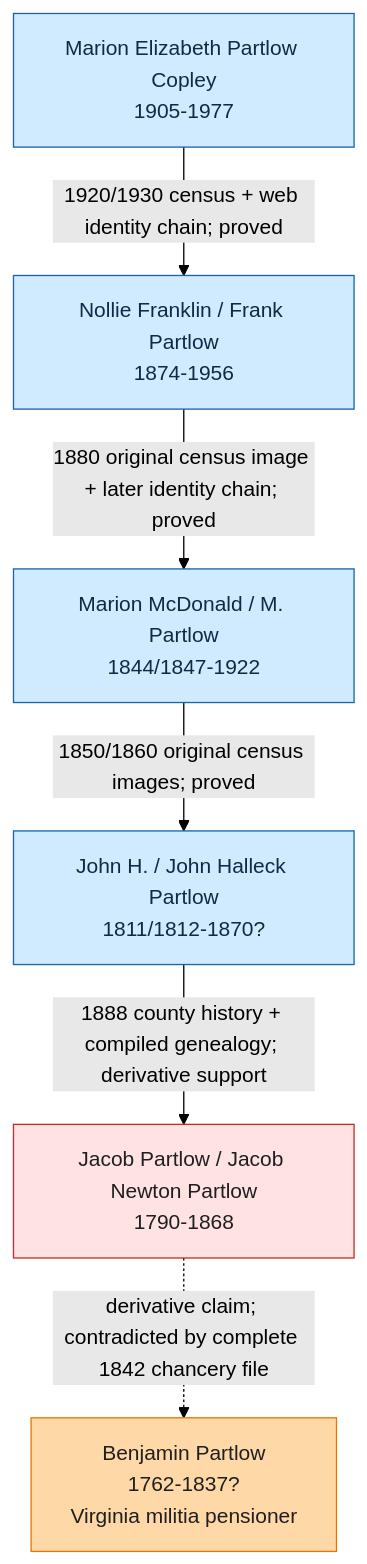
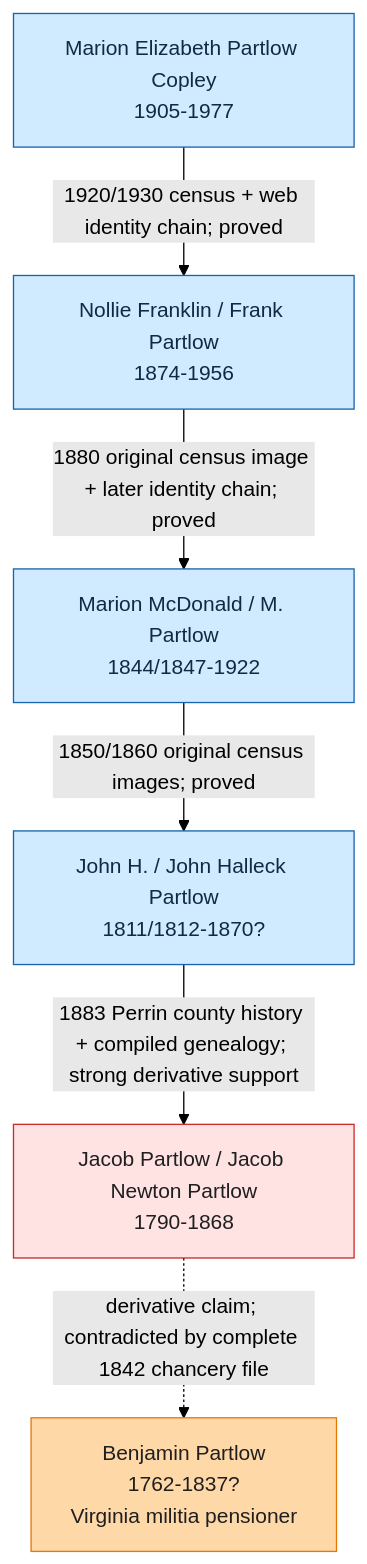
One commit to zcopley/copley-family-research changed the first of 2 diagrams in RQ-P1-PARTLOW-REVOLUTIONARY-LINE.md. Above: the diagram before and after it, drawn with Mermaid (forest theme). The commit also changed other lines of this file and 18 other files, not shown here.

````diff
--- a/RQ-P1-PARTLOW-REVOLUTIONARY-LINE.md
+++ b/RQ-P1-PARTLOW-REVOLUTIONARY-LINE.md
@@ -43,24 +43,24 @@
 ```mermaid
 graph TD
     ME["Marion Elizabeth Partlow Copley<br/>1905-1977"]
     NF["Nollie Franklin / Frank Partlow<br/>1874-1956"]
     MM["Marion McDonald / M. Partlow<br/>1844/1847-1922"]
     JH["John H. / John Halleck Partlow<br/>1811/1812-1870?"]
     JP["Jacob Partlow / Jacob Newton Partlow<br/>1790-1868"]
     BP["Benjamin Partlow<br/>1762-1837?<br/>Virginia militia pensioner"]
 
     ME -->|"1920/1930 census + web identity chain; proved"| NF
     NF -->|"1880 original census image + later identity chain; proved"| MM
     MM -->|"1850/1860 original census images; proved"| JH
-    JH -->|"1888 county history + compiled genealogy; derivative support"| JP
+    JH -->|"1883 Perrin county history + compiled genealogy; strong derivative support"| JP
     JP -. "derivative claim; contradicted by complete 1842 chancery file" .-> BP
 
     class ME,NF,MM,JH censusLead
     class JP proofGap
     class BP contradicted
 
     classDef familySource fill:#fff3bf,stroke:#8a6d00,color:#1f1f1f;
     classDef censusLead fill:#d0ebff,stroke:#1864ab,color:#102a43;
     classDef proofGap fill:#ffe3e3,stroke:#c92a2a,color:#1f1f1f;
     classDef contradicted fill:#ffd8a8,stroke:#e67700,color:#1f1f1f;
 ```
````
